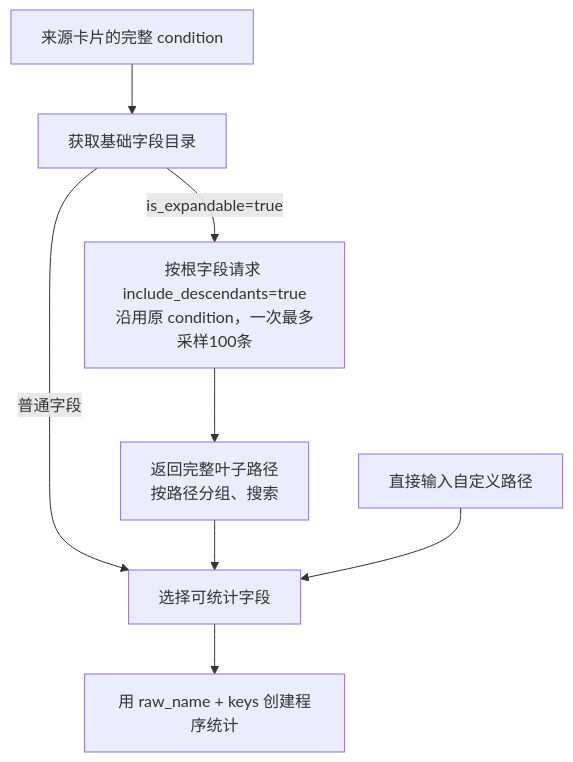
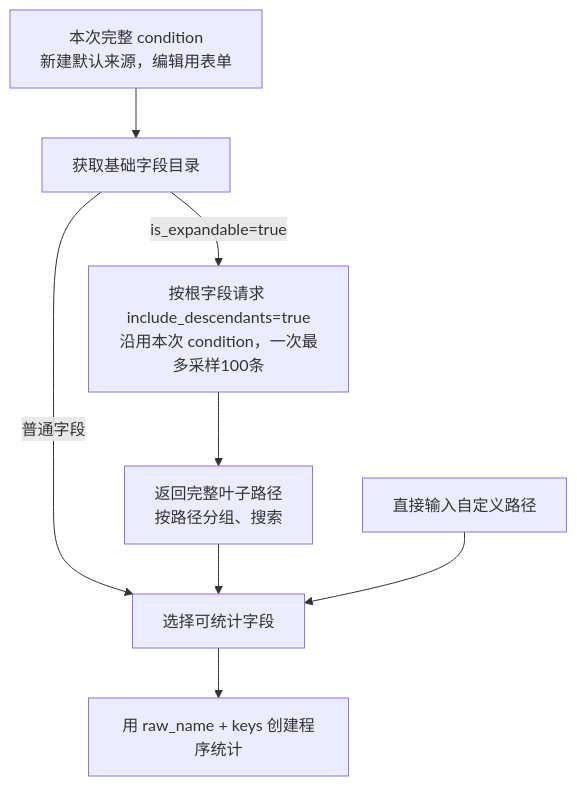
The second of 7 diagrams in src/backend/services/web/ai_assistant/docs/frontend_statistics.md (TencentBlueKing/bk-audit), drawn with Mermaid before and after one commit. The commit also changed other lines of this file and 56 other files, not shown here.

````diff
--- a/src/backend/services/web/ai_assistant/docs/frontend_statistics.md
+++ b/src/backend/services/web/ai_assistant/docs/frontend_statistics.md
@@ -59,10 +59,10 @@
 ```mermaid
 flowchart TD
-    Source[来源卡片的完整 condition] --> Roots[获取基础字段目录]
+    Source[本次完整 condition<br/>新建默认来源，编辑用表单] --> Roots[获取基础字段目录]
     Roots -->|普通字段| Select[选择可统计字段]
-    Roots -->|is_expandable=true| Expand[按根字段请求 include_descendants=true<br/>沿用原 condition，一次最多采样100条]
+    Roots -->|is_expandable=true| Expand[按根字段请求 include_descendants=true<br/>沿用本次 condition，一次最多采样100条]
     Expand --> Leaves[返回完整叶子路径<br/>按路径分组、搜索]
     Leaves --> Select
     Custom[直接输入自定义路径] --> Select
     Select --> Submit[用 raw_name + keys 创建程序统计]
 ```
````
